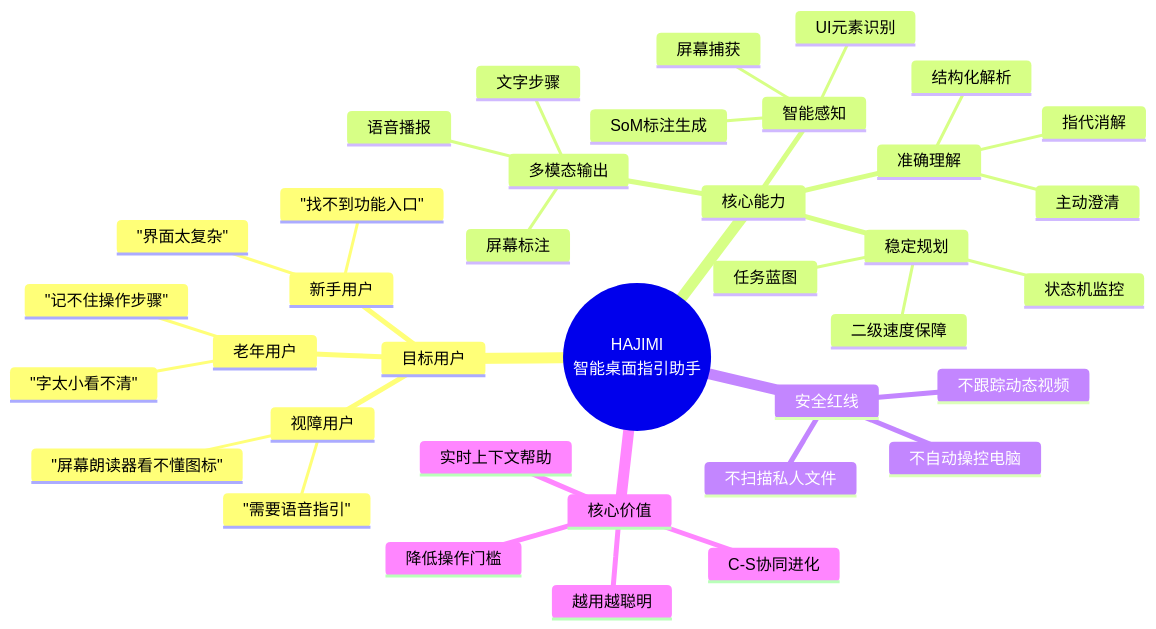
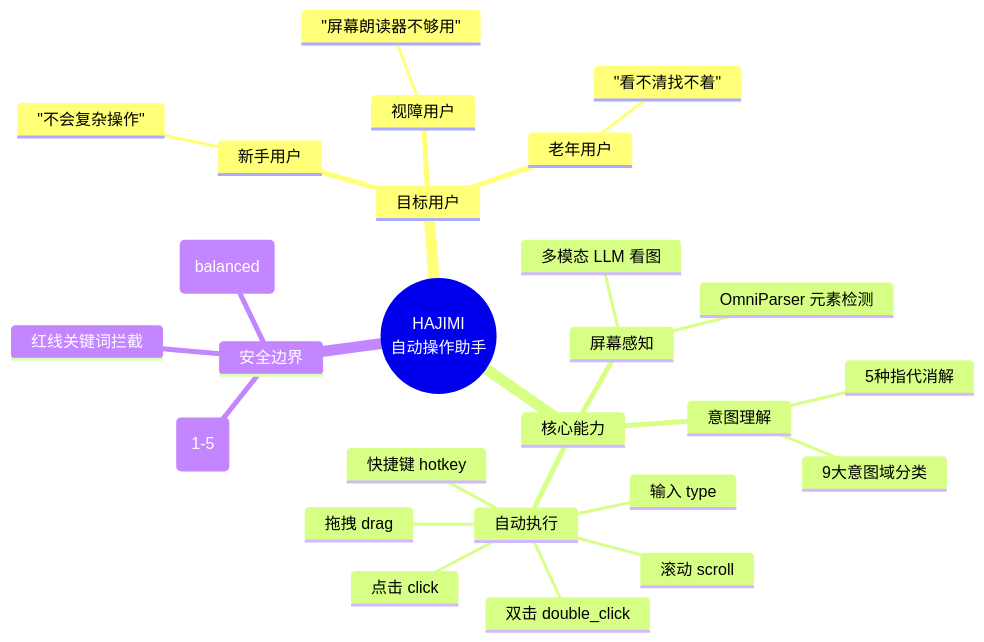
Before and after one commit to eicon-xyz/Fuzzy-Visual-Assisted-Question-Answering-System: the first of 7 diagrams in 参考文档/UML_diagrams.md, drawn with Mermaid. The commit also changed other lines of this file and 10 other files, not shown here.

````diff
--- a/参考文档/UML_diagrams.md
+++ b/参考文档/UML_diagrams.md
@@ -43,40 +19,29 @@
 ```mermaid
 mindmap
-  root((HAJIMI<br/>智能桌面指引助手))
+  root((HAJIMI<br/>自动操作助手))
     目标用户
       新手用户
-        "找不到功能入口"
-        "界面太复杂"
+        "不会复杂操作"
       老年用户
-        "字太小看不清"
-        "记不住操作步骤"
+        "看不清找不着"
       视障用户
-        "屏幕朗读器看不懂图标"
-        "需要语音指引"
+        "屏幕朗读器不够用"
     核心能力
-      智能感知
-        屏幕捕获
-        UI元素识别
-        SoM标注生成
-      准确理解
-        结构化解析
-        指代消解
-        主动澄清
-      稳定规划
-        二级速度保障
-        任务蓝图
-        状态机监控
-      多模态输出
-        屏幕标注
-        文字步骤
-        语音播报
-    安全红线
-      不自动操控电脑
-      不扫描私人文件
-      不跟踪动态视频
-    核心价值
-      降低操作门槛
-      实时上下文帮助
-      越用越聪明
-      C-S协同进化
+      屏幕感知
+        OmniParser 元素检测
+        多模态 LLM 看图
+      意图理解
+        9大意图域分类
+        5种指代消解
+      自动执行
+        点击 click
+        输入 type
+        双击 double_click
+        快捷键 hotkey
+        拖拽 drag
+        滚动 scroll
+    安全边界
+      风险评分(1-5)
+      红线关键词拦截
+      信任级别(balanced)
 ```
````
